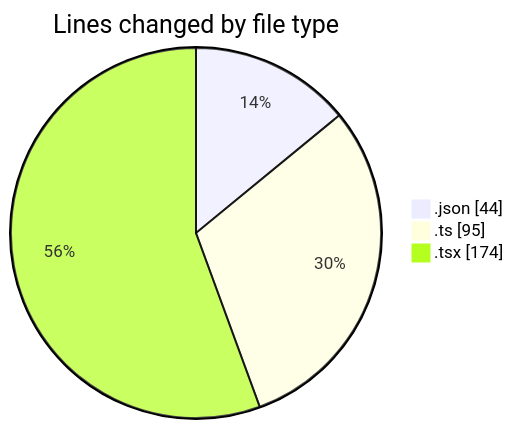
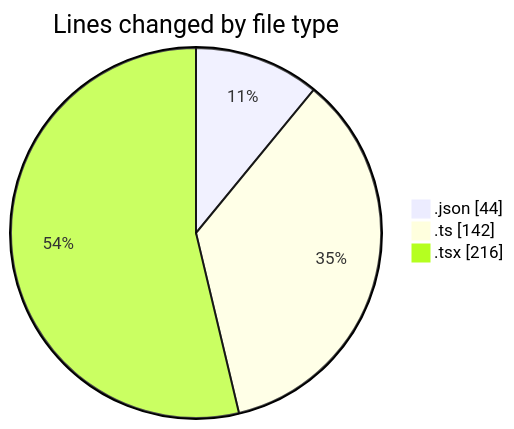
One commit to julien-gomy/code-tracking changed the first of 2 diagrams in 2025-10-24/eventscop-frontend-guide__workspace_/README.md. Above: the diagram before and after it, drawn with Mermaid. The commit also changed other lines of this file and 1 other file, not shown here.

````diff
--- a/2025-10-24/eventscop-frontend-guide__workspace_/README.md
+++ b/2025-10-24/eventscop-frontend-guide__workspace_/README.md
@@ -22,7 +24,7 @@
 ```mermaid
 pie showData
 title Lines changed by file type
 ".json" : 44
-".ts" : 95
-".tsx" : 174
+".ts" : 142
+".tsx" : 216
 ```
````
